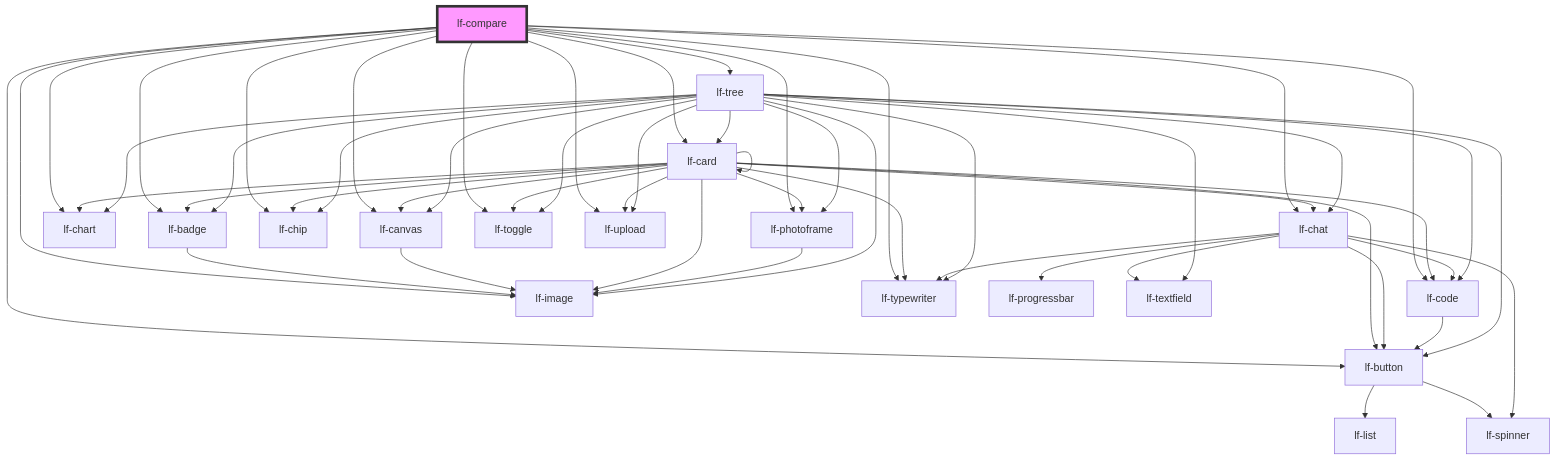
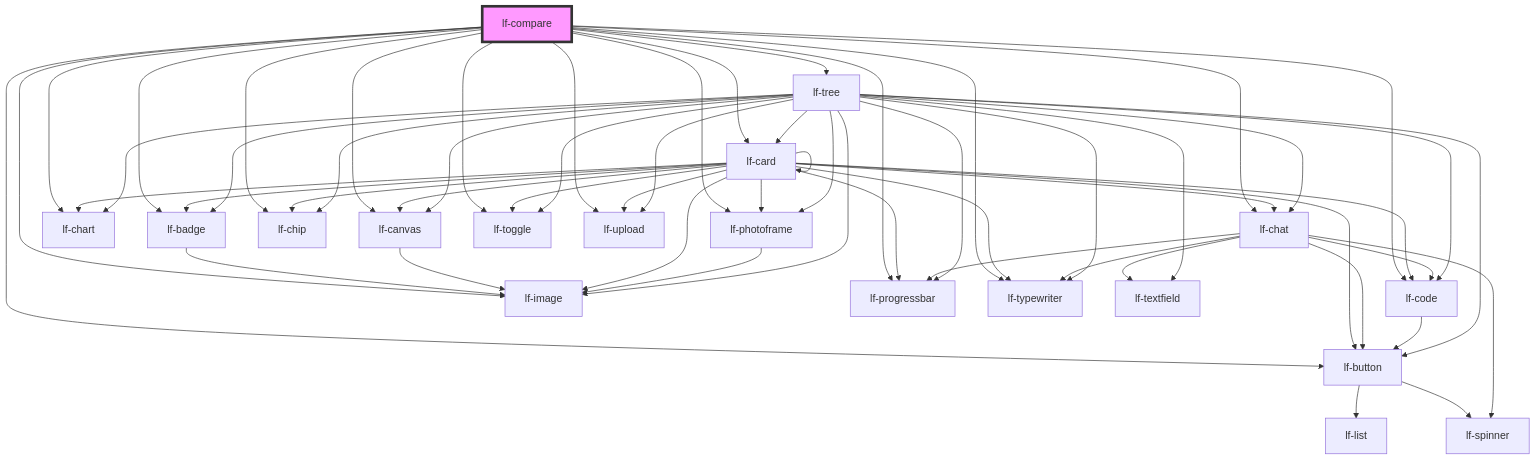
Before and after one commit to lucafoscili/lf-widgets: the diagram in packages/core/src/components/lf-compare/readme.md, drawn with Mermaid. The commit also changed other lines of this file and 9 other files, not shown here.

````diff
--- a/packages/core/src/components/lf-compare/readme.md
+++ b/packages/core/src/components/lf-compare/readme.md
@@ -120,57 +121,60 @@
 ```mermaid
 graph TD;
   lf-compare --> lf-badge
   lf-compare --> lf-button
   lf-compare --> lf-canvas
   lf-compare --> lf-card
   lf-compare --> lf-chart
   lf-compare --> lf-chat
   lf-compare --> lf-chip
   lf-compare --> lf-code
   lf-compare --> lf-image
   lf-compare --> lf-photoframe
+  lf-compare --> lf-progressbar
   lf-compare --> lf-toggle
   lf-compare --> lf-typewriter
   lf-compare --> lf-upload
   lf-compare --> lf-tree
   lf-badge --> lf-image
   lf-button --> lf-list
   lf-button --> lf-spinner
   lf-canvas --> lf-image
   lf-card --> lf-badge
   lf-card --> lf-button
   lf-card --> lf-canvas
   lf-card --> lf-card
   lf-card --> lf-chart
   lf-card --> lf-chat
   lf-card --> lf-chip
   lf-card --> lf-code
   lf-card --> lf-image
   lf-card --> lf-photoframe
+  lf-card --> lf-progressbar
   lf-card --> lf-toggle
   lf-card --> lf-typewriter
   lf-card --> lf-upload
   lf-chat --> lf-spinner
   lf-chat --> lf-button
   lf-chat --> lf-typewriter
   lf-chat --> lf-progressbar
   lf-chat --> lf-textfield
   lf-chat --> lf-code
   lf-code --> lf-button
   lf-photoframe --> lf-image
   lf-tree --> lf-textfield
   lf-tree --> lf-badge
   lf-tree --> lf-button
   lf-tree --> lf-canvas
   lf-tree --> lf-card
   lf-tree --> lf-chart
   lf-tree --> lf-chat
   lf-tree --> lf-chip
   lf-tree --> lf-code
   lf-tree --> lf-image
   lf-tree --> lf-photoframe
+  lf-tree --> lf-progressbar
   lf-tree --> lf-toggle
   lf-tree --> lf-typewriter
   lf-tree --> lf-upload
   style lf-compare fill:#f9f,stroke:#333,stroke-width:4px
 ```
````
